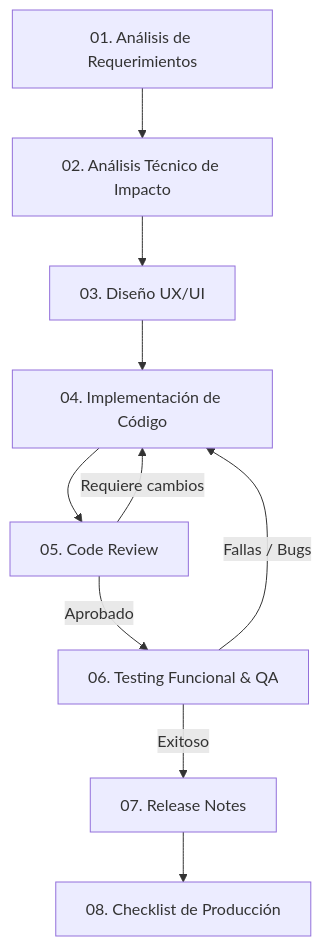
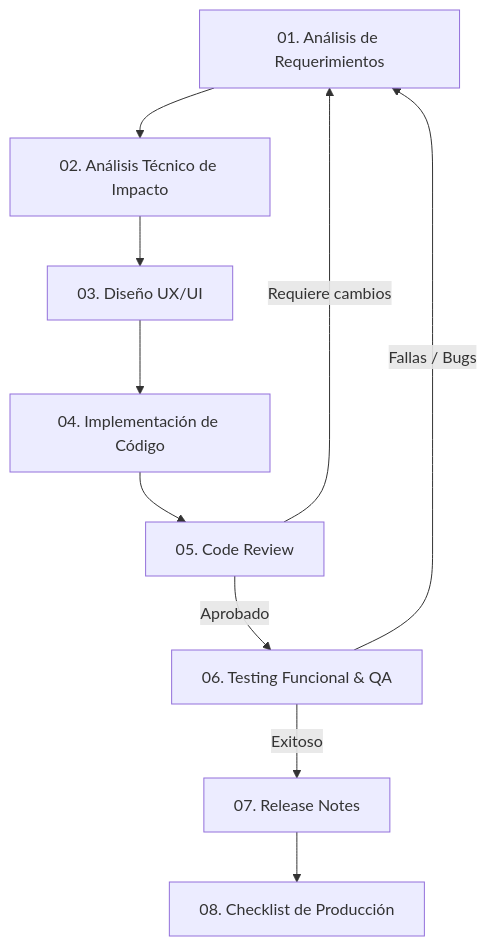
One commit to jonathanleivag/ai-prompts changed the diagram in README.md. Above: the diagram before and after it, drawn with Mermaid. The commit also changed other lines of this file and 2 other files, not shown here.

Commit message:
docs: update development workflow loop to step 1 and add environment variable configuration templates

````diff
--- a/README.md
+++ b/README.md
@@ -13,12 +13,12 @@
 ```mermaid
 graph TD
     01["01. Análisis de Requerimientos"] --> 02["02. Análisis Técnico de Impacto"]
     02 --> 03["03. Diseño UX/UI"]
     03 --> 04["04. Implementación de Código"]
     04 --> 05["05. Code Review"]
     05 -->|Aprobado| 06["06. Testing Funcional & QA"]
-    05 -->|Requiere cambios| 04
+    05 -->|Requiere cambios| 01
     06 -->|Exitoso| 07["07. Release Notes"]
-    06 -->|Fallas / Bugs| 04
+    06 -->|Fallas / Bugs| 01
     07 --> 08["08. Checklist de Producción"]
 ```
````
